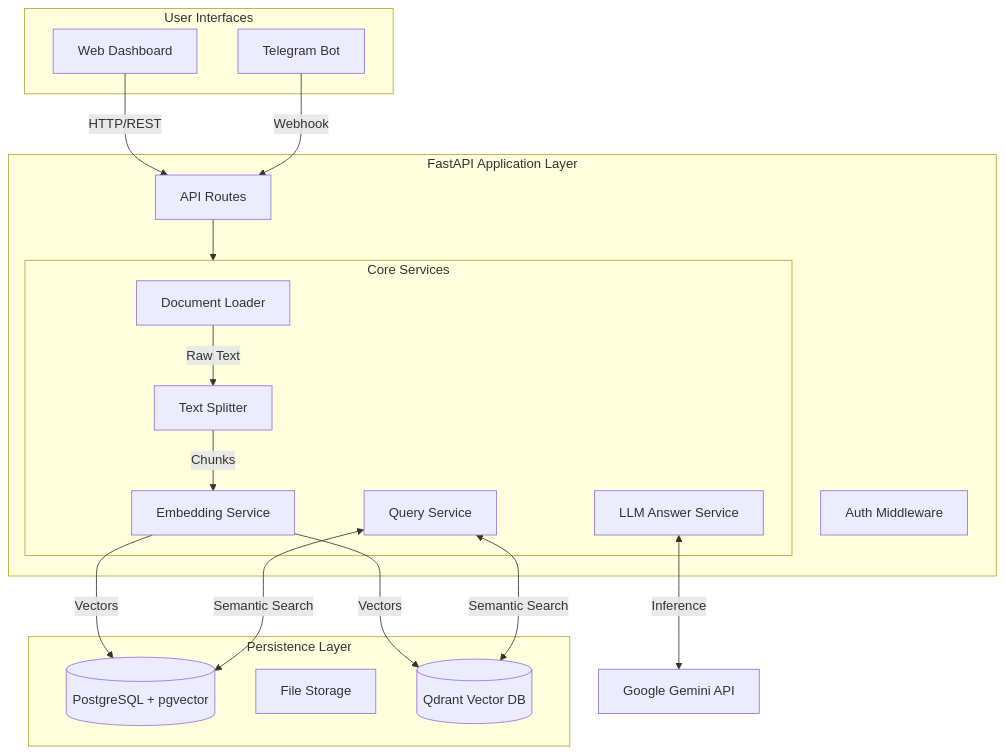
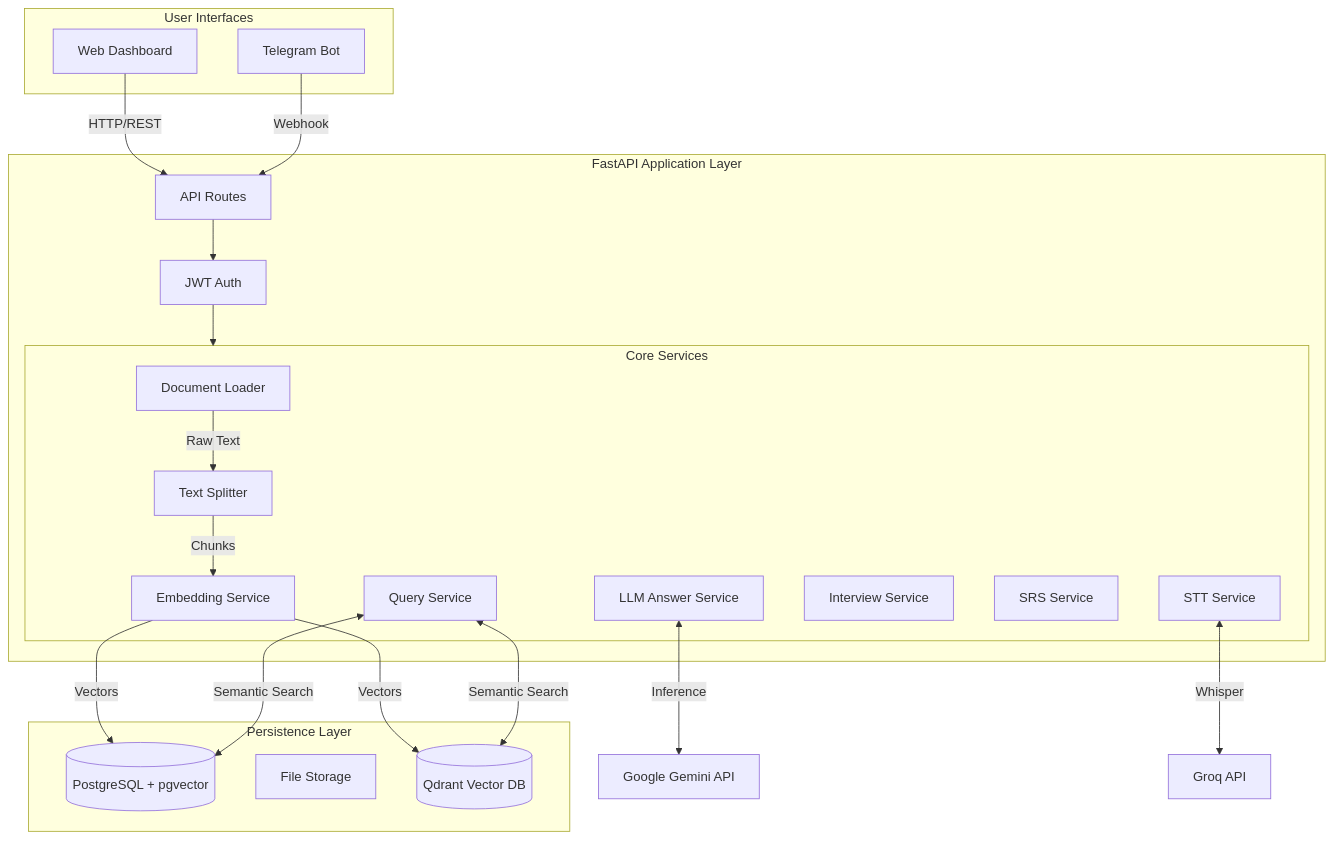
Before and after one commit to SaeedNeamtallah/product-analyst-voice-to-req: the diagram in README.md, drawn with Mermaid. The commit also changed other lines of this file and 26 other files, not shown here.

````diff
--- a/README.md
+++ b/README.md
@@ -50,41 +47,46 @@
 ```mermaid
 graph TD
     subgraph Frontend ["User Interfaces"]
         UI[Web Dashboard]
         TG[Telegram Bot]
     end
 
     subgraph Backend ["FastAPI Application Layer"]
         API[API Routes]
-        Auth[Auth Middleware]
-        
+        Auth[JWT Auth]
+
         subgraph Services ["Core Services"]
             Loader[Document Loader]
             Chunker[Text Splitter]
             Embedder[Embedding Service]
             Retriever[Query Service]
             GenAI[LLM Answer Service]
+            Interview[Interview Service]
+            SRS[SRS Service]
+            STT[STT Service]
         end
     end
 
     subgraph Data ["Persistence Layer"]
         PG[(PostgreSQL + pgvector)]
         FS[File Storage]
         Qdrant[(Qdrant Vector DB)]
     end
 
     UI -->|HTTP/REST| API
     TG -->|Webhook| API
-    
-    API --> Services
-    
+
+    API --> Auth
+    Auth --> Services
+
     Loader -->|Raw Text| Chunker
     Chunker -->|Chunks| Embedder
     Embedder -->|Vectors| PG
     Embedder -->|Vectors| Qdrant
-    
+
     Retriever <-->|Semantic Search| PG
     Retriever <-->|Semantic Search| Qdrant
-    
+
     GenAI <-->|Inference| Gemini[Google Gemini API]
+    STT <-->|Whisper| Groq[Groq API]
 ```
````
